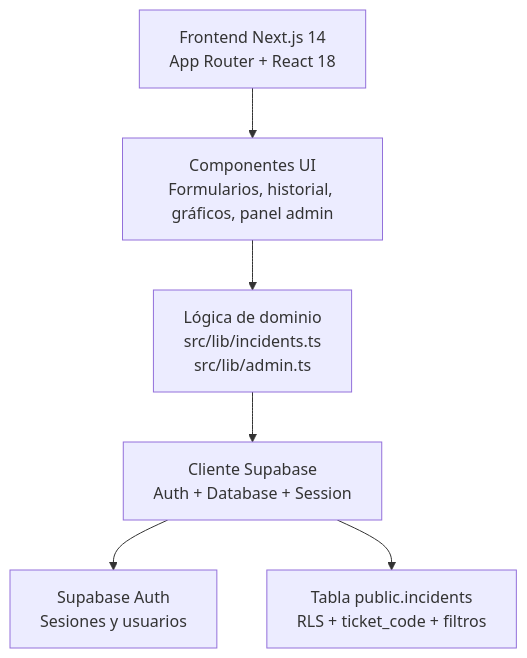
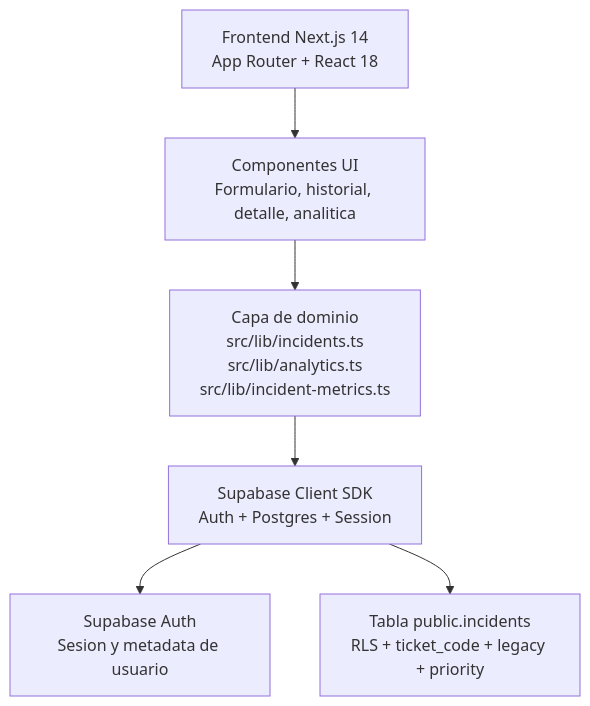
One commit to dISORTED/historyapp changed the diagram in README.md. Above: the diagram before and after it, drawn with Mermaid. The commit also changed other lines of this file, not shown here.

````diff
--- a/README.md
+++ b/README.md
@@ -59,8 +40,8 @@
 ```mermaid
 flowchart TD
-  A["Frontend Next.js 14<br/>App Router + React 18"] --> B["Componentes UI<br/>Formularios, historial, gráficos, panel admin"]
-  B --> C["Lógica de dominio<br/>src/lib/incidents.ts<br/>src/lib/admin.ts"]
-  C --> D["Cliente Supabase<br/>Auth + Database + Session"]
-  D --> E["Supabase Auth<br/>Sesiones y usuarios"]
-  D --> F["Tabla public.incidents<br/>RLS + ticket_code + filtros"]
+  A["Frontend Next.js 14<br/>App Router + React 18"] --> B["Componentes UI<br/>Formulario, historial, detalle, analitica"]
+  B --> C["Capa de dominio<br/>src/lib/incidents.ts<br/>src/lib/analytics.ts<br/>src/lib/incident-metrics.ts"]
+  C --> D["Supabase Client SDK<br/>Auth + Postgres + Session"]
+  D --> E["Supabase Auth<br/>Sesion y metadata de usuario"]
+  D --> F["Tabla public.incidents<br/>RLS + ticket_code + legacy + priority"]
 ```
````
